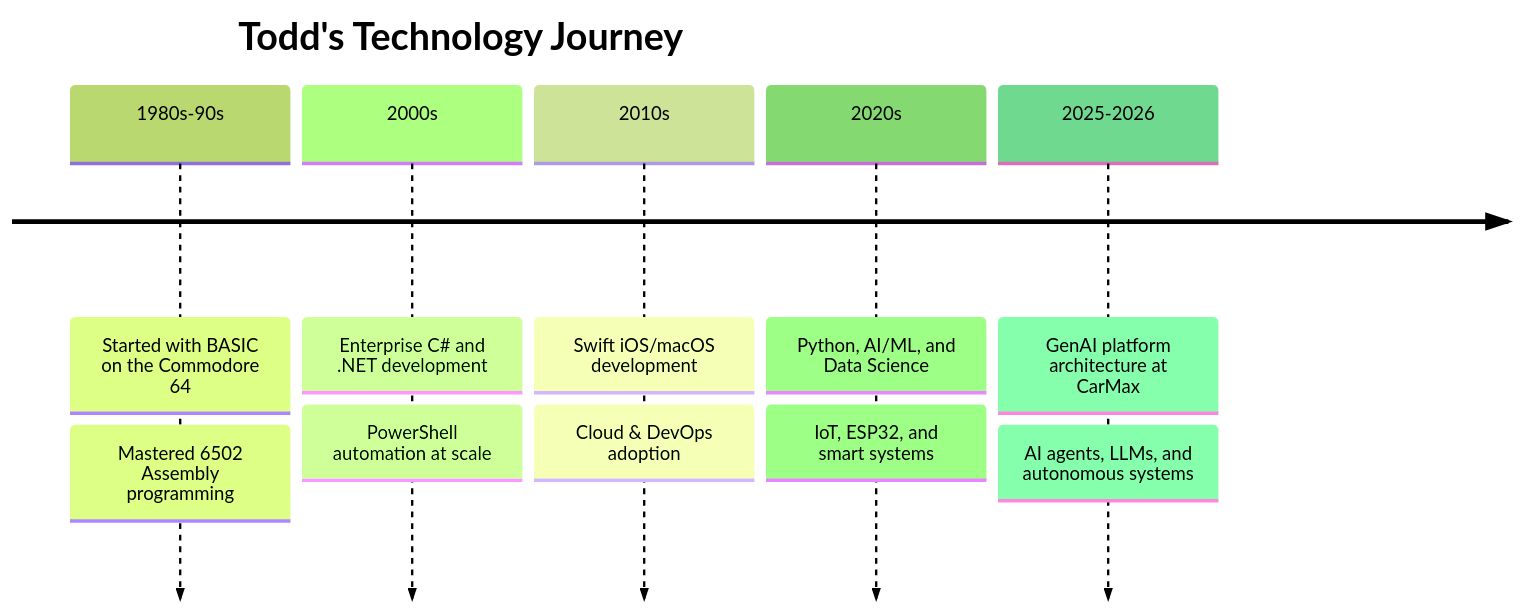
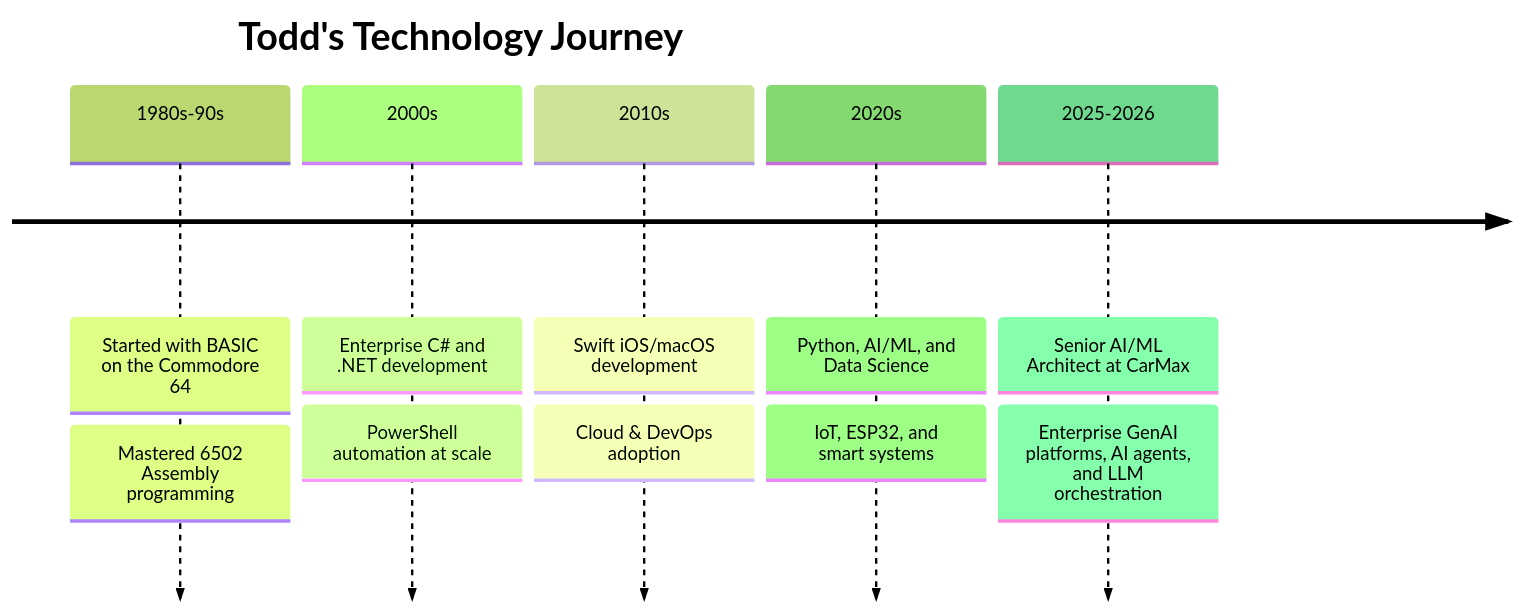
One commit to todddube/todddube changed the diagram in README.md. Above: the diagram before and after it, drawn with Mermaid (forest theme). The commit also changed other lines of this file and 1 other file, not shown here.

````diff
--- a/README.md
+++ b/README.md
@@ -52,14 +58,14 @@
 ```mermaid
 timeline
     title Todd's Technology Journey
     1980s-90s    : Started with BASIC on the Commodore 64
                  : Mastered 6502 Assembly programming
     2000s        : Enterprise C# and .NET development
                  : PowerShell automation at scale
     2010s        : Swift iOS/macOS development
                  : Cloud & DevOps adoption
     2020s        : Python, AI/ML, and Data Science
                  : IoT, ESP32, and smart systems
-    2025-2026    : GenAI platform architecture at CarMax
-                 : AI agents, LLMs, and autonomous systems
+    2025-2026    : Senior AI/ML Architect at CarMax
+                 : Enterprise GenAI platforms, AI agents, and LLM orchestration
 ```
````
